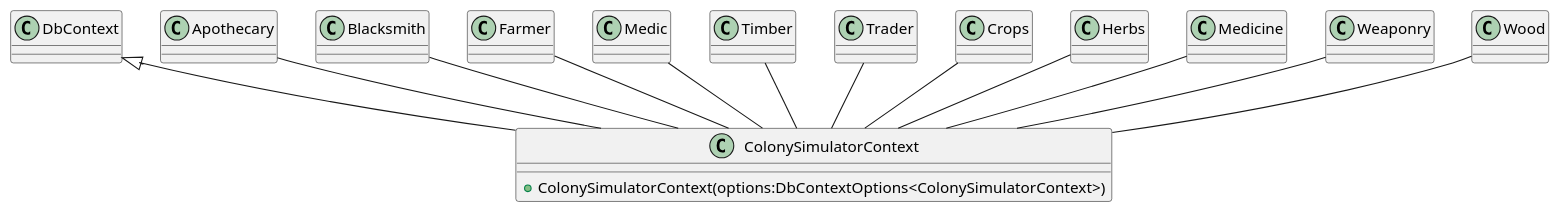
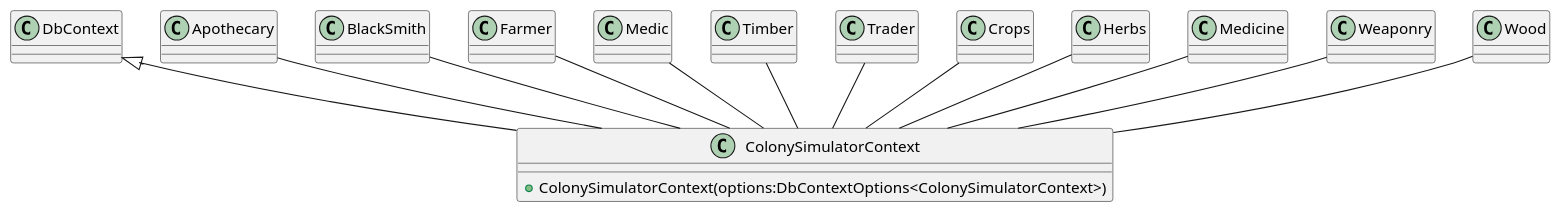
One commit to kollibroman/ColonySimulator changed the diagram in UmlSchemas/ProjectSchema/Persistence/ColonySimulatorContext.puml. Above: the diagram before and after it, drawn with PlantUML. The commit also changed 19 other files, not shown here.

Commit message:
Full schema created

```diff
--- a/UmlSchemas/ProjectSchema/Persistence/ColonySimulatorContext.puml
+++ b/UmlSchemas/ProjectSchema/Persistence/ColonySimulatorContext.puml
@@ -1,18 +1,18 @@
 @startuml
 class ColonySimulatorContext {
     + ColonySimulatorContext(options:DbContextOptions<ColonySimulatorContext>)
 }
 
 DbContext <|-- ColonySimulatorContext
 Apothecary -- ColonySimulatorContext
-Blacksmith -- ColonySimulatorContext
+BlackSmith -- ColonySimulatorContext
 Farmer -- ColonySimulatorContext
 Medic -- ColonySimulatorContext
 Timber -- ColonySimulatorContext
 Trader -- ColonySimulatorContext
 Crops -- ColonySimulatorContext
 Herbs -- ColonySimulatorContext
 Medicine -- ColonySimulatorContext
 Weaponry -- ColonySimulatorContext
 Wood -- ColonySimulatorContext
 @enduml
```
